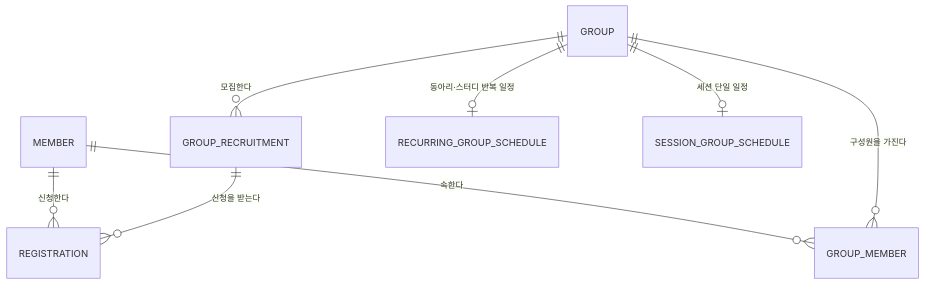
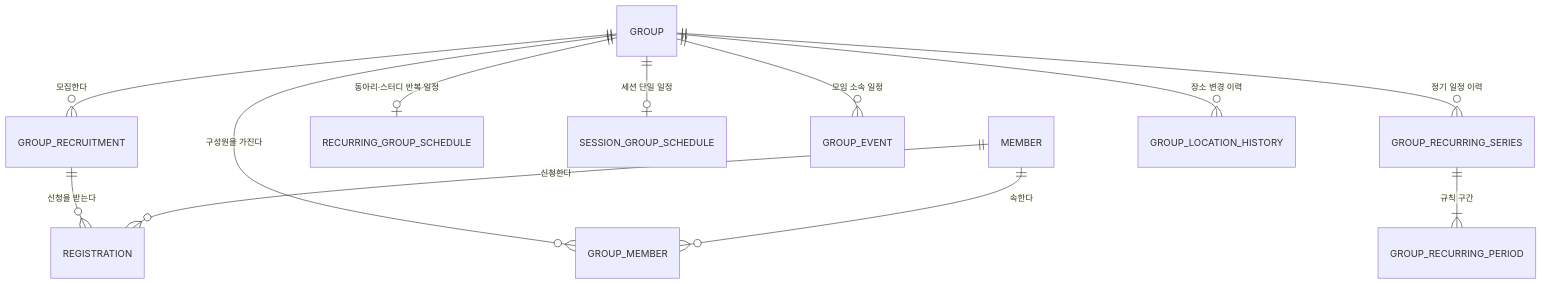
The second of 2 diagrams in backend/docs/context/domain/model/README.md (woowacourse-teams/2026-jarihana), drawn with Mermaid before and after one commit. The commit also changed other lines of this file and 23 other files, not shown here.

````diff
--- a/backend/docs/context/domain/model/README.md
+++ b/backend/docs/context/domain/model/README.md
@@ -84,10 +100,14 @@
 ```mermaid
 erDiagram
     MEMBER ||--o{ REGISTRATION : "신청한다"
     MEMBER ||--o{ GROUP_MEMBER : "속한다"
     GROUP ||--o{ GROUP_RECRUITMENT : "모집한다"
     GROUP ||--o| RECURRING_GROUP_SCHEDULE : "동아리·스터디 반복 일정"
     GROUP ||--o| SESSION_GROUP_SCHEDULE : "세션 단일 일정"
+    GROUP ||--o{ GROUP_EVENT : "모임 소속 일정"
+    GROUP ||--o{ GROUP_RECURRING_SERIES : "정기 일정 이력"
+    GROUP_RECURRING_SERIES ||--|{ GROUP_RECURRING_PERIOD : "규칙 구간"
+    GROUP ||--o{ GROUP_LOCATION_HISTORY : "장소 변경 이력"
     GROUP ||--o{ GROUP_MEMBER : "구성원을 가진다"
     GROUP_RECRUITMENT ||--o{ REGISTRATION : "신청을 받는다"
 ```
````
